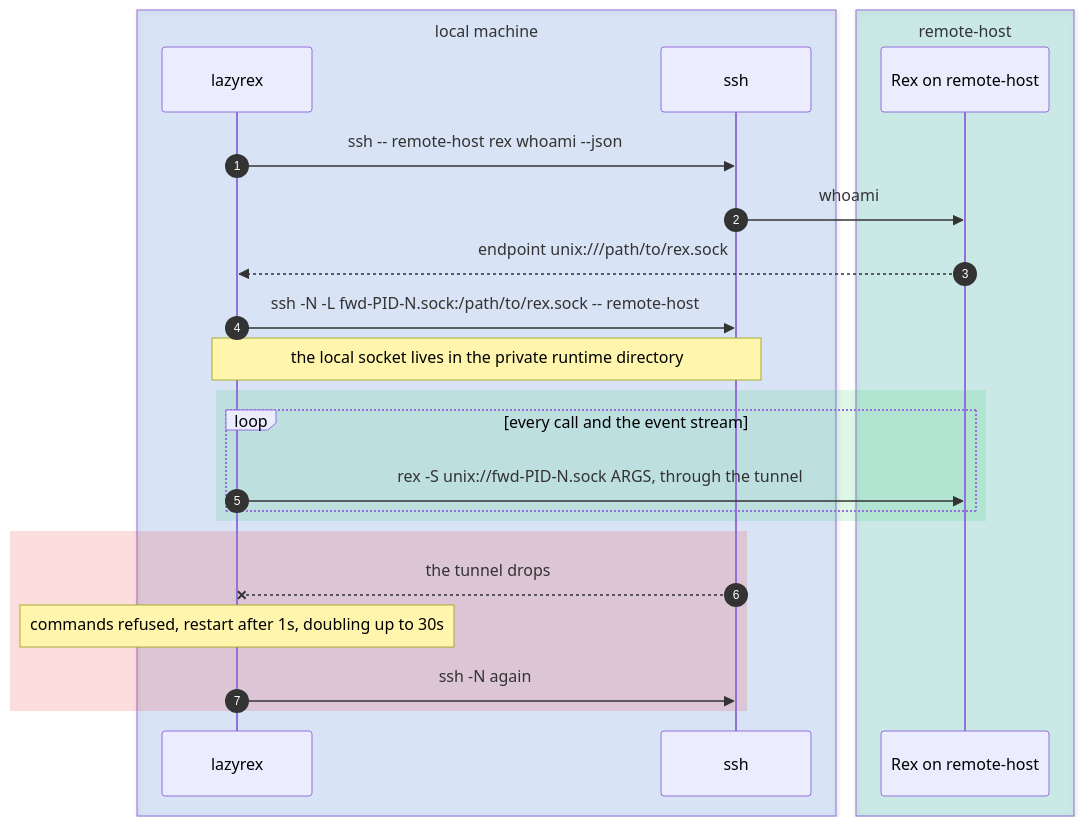
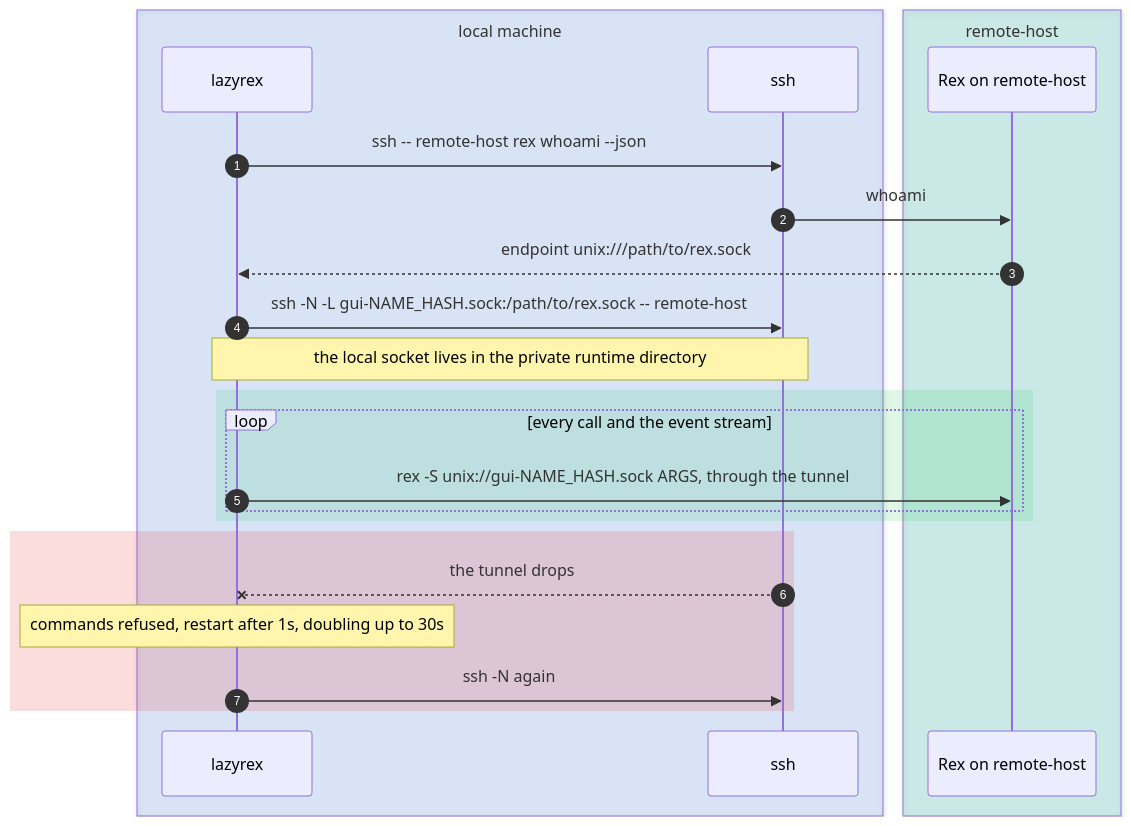
The second of 2 diagrams in docs/ssh.md (rbobillot/lazyrex), drawn with Mermaid before and after one commit. The commit also changed other lines of this file and 3 other files, not shown here.

````diff
--- a/docs/ssh.md
+++ b/docs/ssh.md
@@ -68,26 +68,26 @@
 ```mermaid
 sequenceDiagram
     autonumber
     box rgba(59,130,246,0.15) local machine
     participant L as lazyrex
     participant S as ssh
     end
     box rgba(20,184,166,0.18) remote-host
     participant R as Rex on remote-host
     end
     L->>S: ssh -- remote-host rex whoami --json
     S->>R: whoami
     R-->>L: endpoint unix:///path/to/rex.sock
-    L->>S: ssh -N -L fwd-PID-N.sock:/path/to/rex.sock -- remote-host
+    L->>S: ssh -N -L gui-NAME_HASH.sock:/path/to/rex.sock -- remote-host
     Note over L,S: the local socket lives in the private runtime directory
     rect rgba(34,197,94,0.15)
     loop every call and the event stream
-        L->>R: rex -S unix://fwd-PID-N.sock ARGS, through the tunnel
+        L->>R: rex -S unix://gui-NAME_HASH.sock ARGS, through the tunnel
     end
     end
     rect rgba(239,68,68,0.18)
     S--xL: the tunnel drops
     Note over L: commands refused, restart after 1s, doubling up to 30s
     L->>S: ssh -N again
     end
 ```
````
